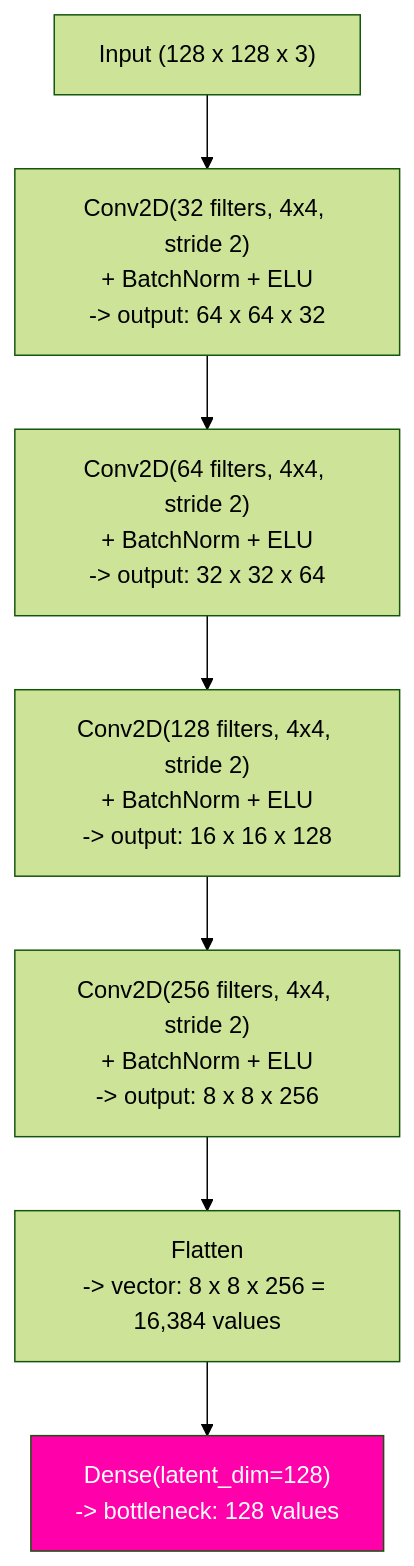
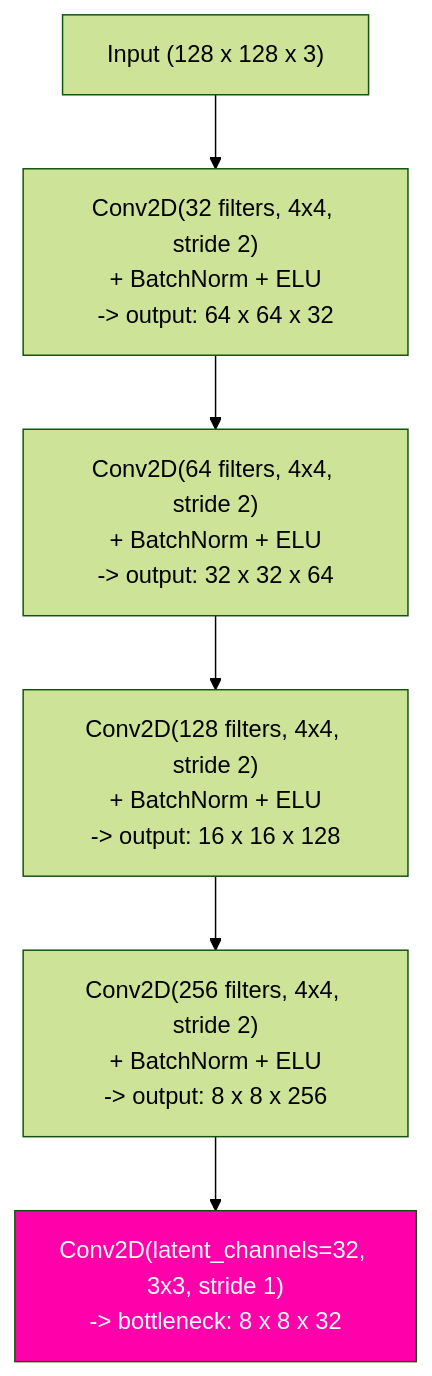
The first of 4 diagrams in docs/data_science/keras_cae_model.md (foersben/industrial-component-anomaly-detection), drawn with Mermaid (forest theme) before and after one commit. The commit also changed other lines of this file and 26 other files, not shown here.

````diff
--- a/docs/data_science/keras_cae_model.md
+++ b/docs/data_science/keras_cae_model.md
@@ -44,10 +44,9 @@
 ```mermaid
 graph TD
     IN["Input (128 x 128 x 3)"] --> C1["Conv2D(32 filters, 4x4, stride 2)\n+ BatchNorm + ELU\n-> output: 64 x 64 x 32"]
     C1 --> C2["Conv2D(64 filters, 4x4, stride 2)\n+ BatchNorm + ELU\n-> output: 32 x 32 x 64"]
     C2 --> C3["Conv2D(128 filters, 4x4, stride 2)\n+ BatchNorm + ELU\n-> output: 16 x 16 x 128"]
     C3 --> C4["Conv2D(256 filters, 4x4, stride 2)\n+ BatchNorm + ELU\n-> output: 8 x 8 x 256"]
-    C4 --> FL["Flatten\n-> vector: 8 x 8 x 256 = 16,384 values"]
-    FL --> LAT["Dense(latent_dim=128)\n-> bottleneck: 128 values"]
+    C4 --> LAT["Conv2D(latent_channels=32, 3x3, stride 1)\n-> bottleneck: 8 x 8 x 32"]
     style LAT fill:#f0a,color:#fff
 ```
````
